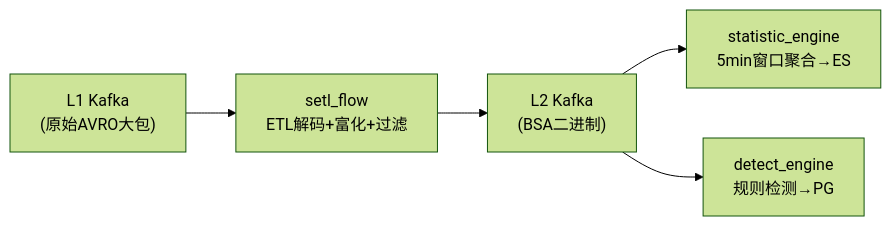
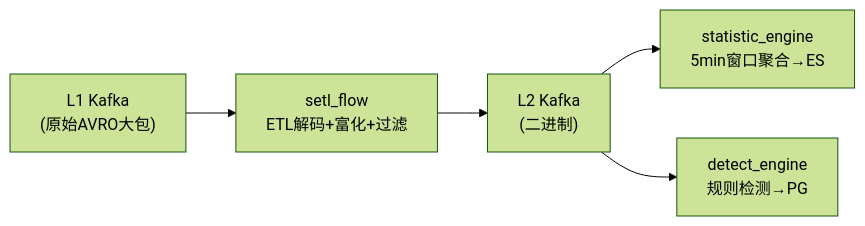
The first of 2 diagrams in flink/flink-basics-tutorial.md (zhubaoxiang/wiki), drawn with Mermaid (forest theme) before and after one commit. The commit also changed other lines of this file and 1 other file, not shown here.

````diff
--- a/flink/flink-basics-tutorial.md
+++ b/flink/flink-basics-tutorial.md
@@ -31,7 +31,7 @@
 ```mermaid
 graph LR
     A["L1 Kafka<br/>(原始AVRO大包)"] --> B["setl_flow<br/>ETL解码+富化+过滤"]
-    B --> C["L2 Kafka<br/>(BSA二进制)"]
+    B --> C["L2 Kafka<br/>(二进制)"]
     C --> D["statistic_engine<br/>5min窗口聚合→ES"]
     C --> E["detect_engine<br/>规则检测→PG"]
 ```
````
